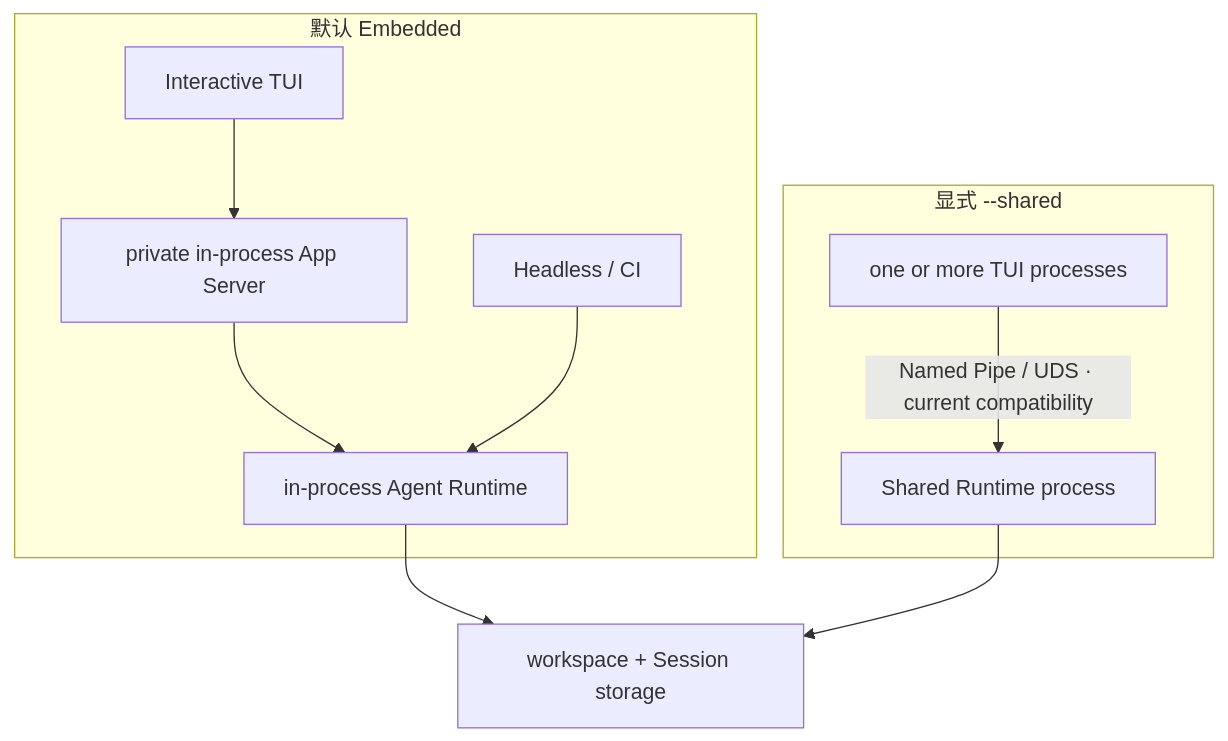
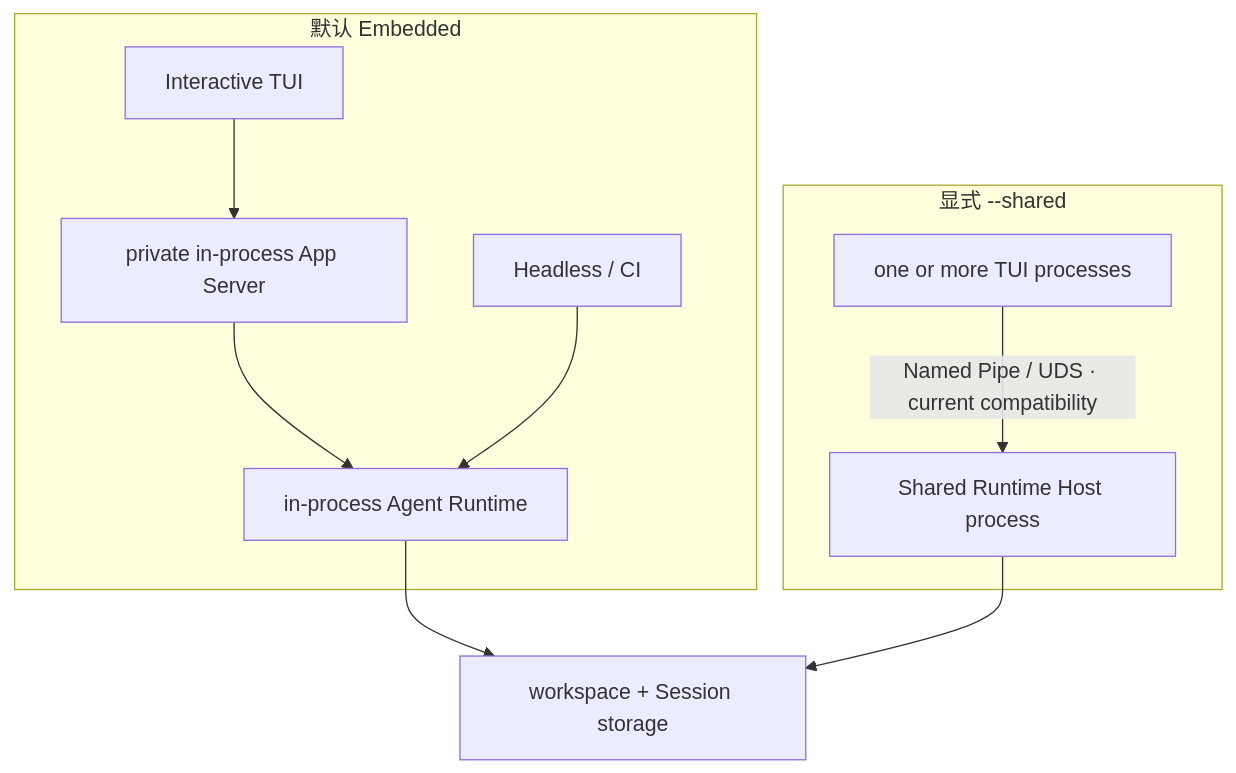
Diagram 13 of 15 in docs/architecture/agent-runtime-deployment-design.md (1688mengdie/BitFun), drawn with Mermaid before and after one commit. The commit also changed other lines of this file and 2 other files, not shown here.

Commit message:
docs(architecture): address app server review feedback

````diff
--- a/docs/architecture/agent-runtime-deployment-design.md
+++ b/docs/architecture/agent-runtime-deployment-design.md
@@ -382,13 +382,13 @@
 ```mermaid
 flowchart TB
   subgraph Embedded["默认 Embedded"]
     TUI["Interactive TUI"] --> AppServer["private in-process App Server"]
     AppServer --> Runtime["in-process Agent Runtime"]
     Headless["Headless / CI"] --> Runtime
   end
   subgraph Shared["显式 --shared"]
-    Clients["one or more TUI processes"] -->|"Named Pipe / UDS · current compatibility"| SharedRuntime["Shared Runtime process"]
+    Clients["one or more TUI processes"] -->|"Named Pipe / UDS · current compatibility"| SharedRuntime["Shared Runtime Host process"]
   end
   Runtime --> Data["workspace + Session storage"]
   SharedRuntime --> Data
 ```
````
